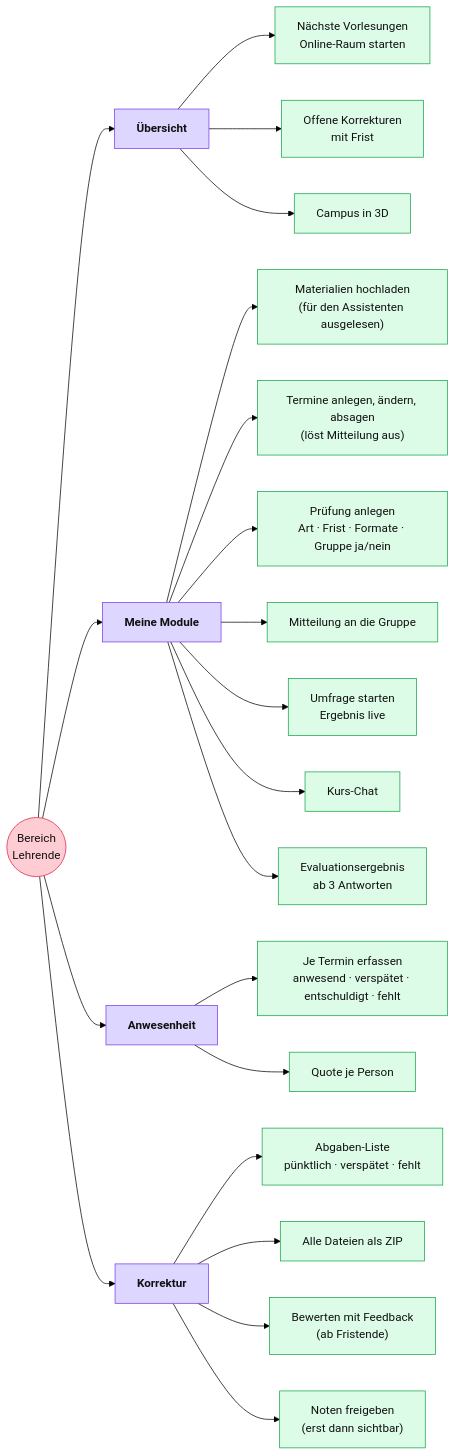
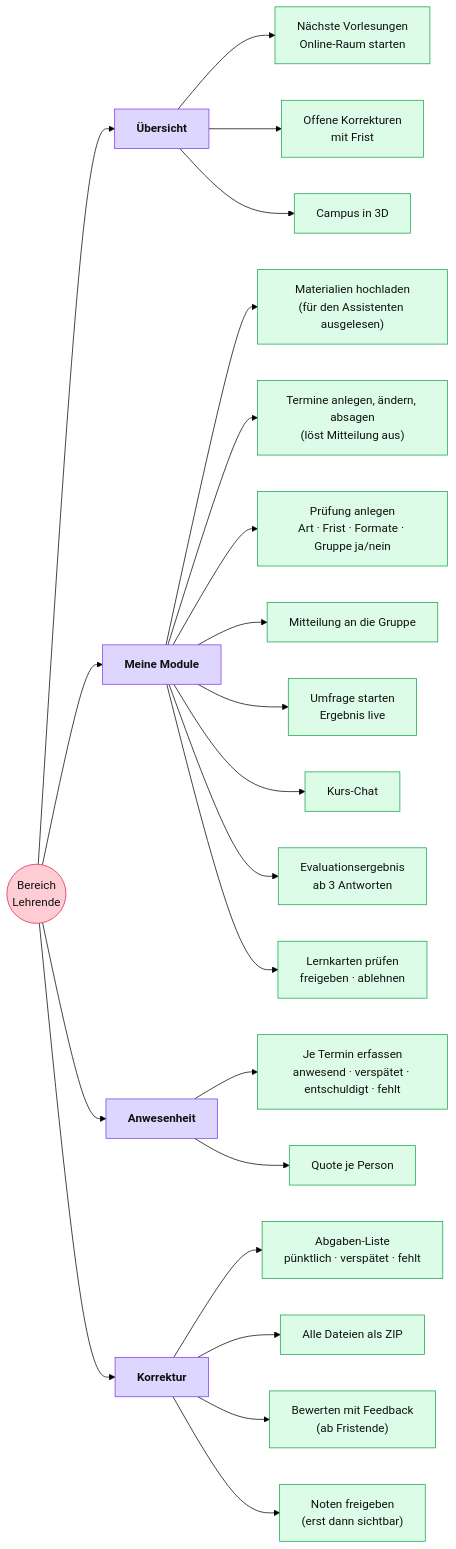
The diagram in sitemap-lehrende.mmd (thimostender/Online-Campus), drawn with Mermaid (forest theme) before and after one commit. The commit also changed 15 other files, not shown here.

```diff
--- a/sitemap-lehrende.mmd
+++ b/sitemap-lehrende.mmd
@@ -1,30 +1,31 @@
 flowchart LR
   L(("Bereich<br/>Lehrende"))
   L --> L1["Übersicht"]
   L1 --> L1a["Nächste Vorlesungen<br/>Online-Raum starten"]
   L1 --> L1b["Offene Korrekturen<br/>mit Frist"]
   L --> L2["Meine Module"]
   L2 --> L2a["Materialien hochladen<br/>(für den Assistenten ausgelesen)"]
   L2 --> L2b["Termine anlegen, ändern, absagen<br/>(löst Mitteilung aus)"]
   L2 --> L2c["Prüfung anlegen<br/>Art · Frist · Formate · Gruppe ja/nein"]
   L2 --> L2d["Mitteilung an die Gruppe"]
   L2 --> L2e["Umfrage starten<br/>Ergebnis live"]
   L2 --> L2f["Kurs-Chat"]
   L2 --> L2g["Evaluationsergebnis<br/>ab 3 Antworten"]
+  L2 --> L2h["Lernkarten prüfen<br/>freigeben · ablehnen"]
   L --> L4["Anwesenheit"]
   L4 --> L4a["Je Termin erfassen<br/>anwesend · verspätet · entschuldigt · fehlt"]
   L4 --> L4b["Quote je Person"]
   L1 --> L1c["Campus in 3D"]
   L --> L3["Korrektur"]
   L3 --> L3a["Abgaben-Liste<br/>pünktlich · verspätet · fehlt"]
   L3 --> L3b["Alle Dateien als ZIP"]
   L3 --> L3c["Bewerten mit Feedback<br/>(ab Fristende)"]
   L3 --> L3d["Noten freigeben<br/>(erst dann sichtbar)"]
 
 
   classDef root fill:#fecdd3,stroke:#e11d48,color:#111
   classDef main fill:#ddd6fe,stroke:#7c3aed,color:#111,font-weight:bold
   classDef fn fill:#dcfce7,stroke:#16a34a,color:#111
   class L root
   class L1,L2,L3,L4 main
-  class L1a,L1b,L2a,L2b,L2c,L2d,L2e,L2f,L2g,L4a,L4b,L1c,L3a,L3b,L3c,L3d fn
+  class L1a,L1b,L2a,L2b,L2c,L2d,L2e,L2f,L2g,L2h,L4a,L4b,L1c,L3a,L3b,L3c,L3d fn
```
